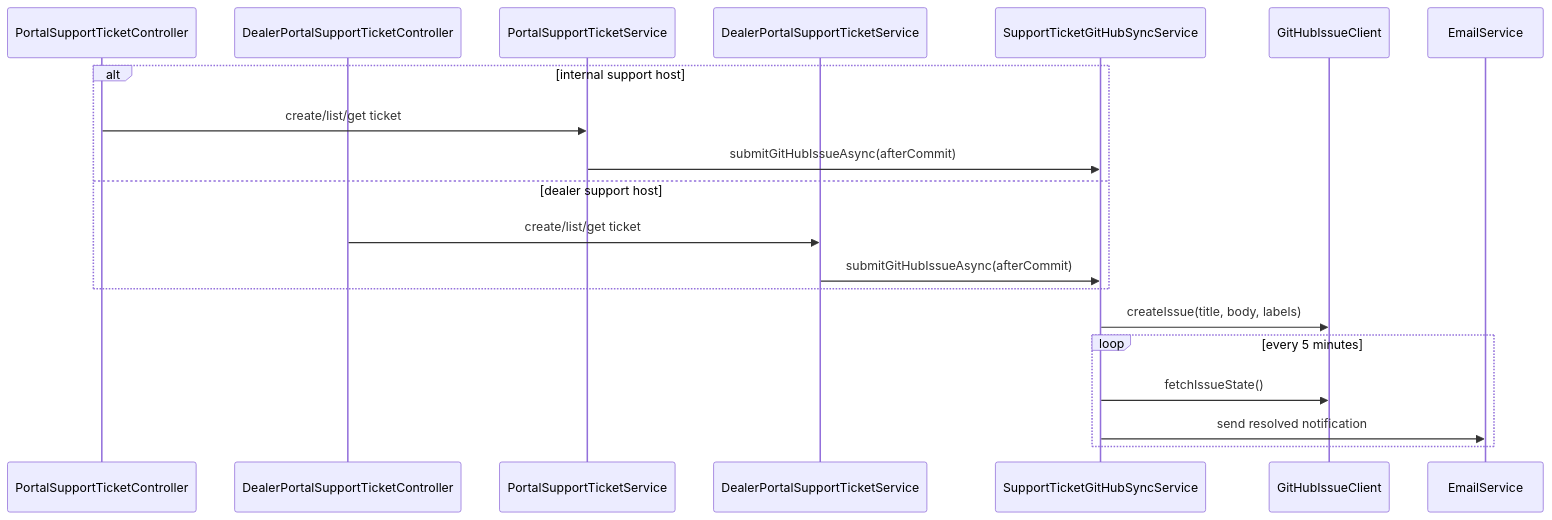
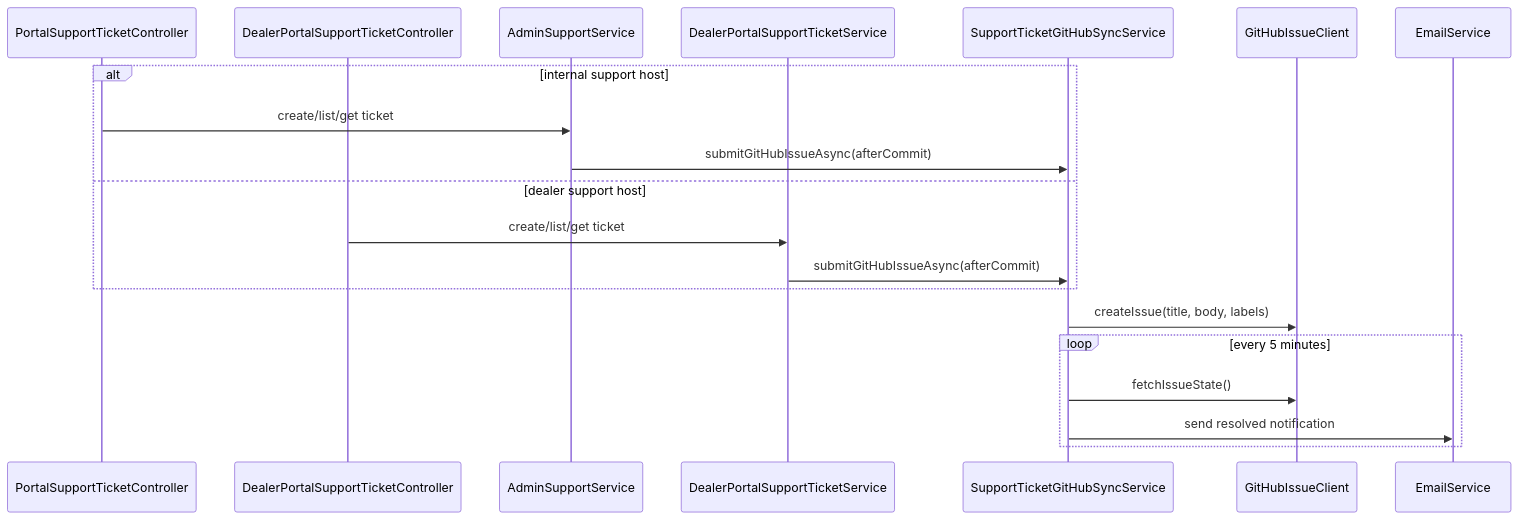
Before and after one commit to anasibnanwar-XYE/bigbrightpaints-erp: the seventh of 8 diagrams in docs/ARCHITECTURE.md, drawn with Mermaid. The commit also changed other lines of this file and 12 other files, not shown here.

````diff
--- a/docs/ARCHITECTURE.md
+++ b/docs/ARCHITECTURE.md
@@ -256,23 +256,23 @@
 ```mermaid
 sequenceDiagram
     participant PSTC as PortalSupportTicketController
     participant DSTC as DealerPortalSupportTicketController
-    participant PTS as PortalSupportTicketService
+    participant PTS as AdminSupportService
     participant DTS as DealerPortalSupportTicketService
     participant GHS as SupportTicketGitHubSyncService
     participant GHC as GitHubIssueClient
     participant Mail as EmailService
 
     alt internal support host
       PSTC->>PTS: create/list/get ticket
       PTS->>GHS: submitGitHubIssueAsync(afterCommit)
     else dealer support host
       DSTC->>DTS: create/list/get ticket
       DTS->>GHS: submitGitHubIssueAsync(afterCommit)
     end
     GHS->>GHC: createIssue(title, body, labels)
     loop every 5 minutes
       GHS->>GHC: fetchIssueState()
       GHS->>Mail: send resolved notification
     end
 ```
````
